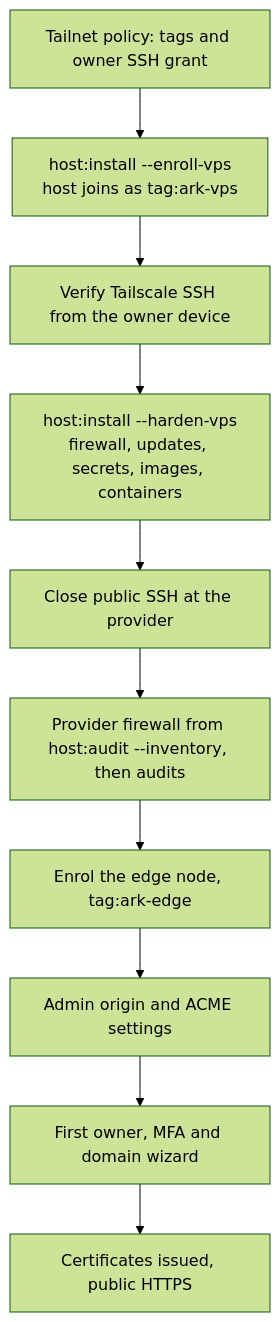
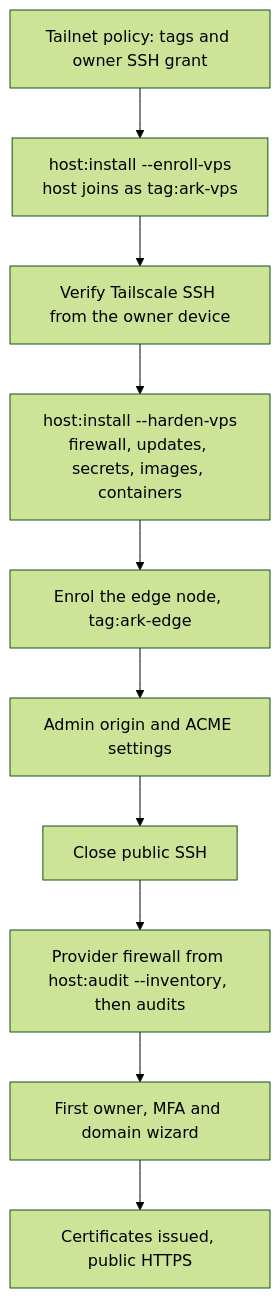
Before and after one commit to arkaydeus/ark-stack: the diagram in docs/getting-started/production-install.md, drawn with Mermaid (forest theme). The commit also changed other lines of this file and 30 other files, not shown here.

````diff
--- a/docs/getting-started/production-install.md
+++ b/docs/getting-started/production-install.md
@@ -22,12 +88,12 @@
 ```mermaid
 flowchart TD
   A[Tailnet policy: tags and owner SSH grant] --> B[host:install --enroll-vps<br/>host joins as tag:ark-vps]
   B --> C[Verify Tailscale SSH from the owner device]
   C --> D[host:install --harden-vps<br/>firewall, updates, secrets, images, containers]
-  D --> E[Close public SSH at the provider]
+  D --> G[Enrol the edge node, tag:ark-edge]
+  G --> H[Admin origin and ACME settings]
+  H --> E[Close public SSH]
   E --> F[Provider firewall from host:audit --inventory, then audits]
-  F --> G[Enrol the edge node, tag:ark-edge]
-  G --> H[Admin origin and ACME settings]
-  H --> I[First owner, MFA and domain wizard]
+  F --> I[First owner, MFA and domain wizard]
   I --> J[Certificates issued, public HTTPS]
 ```
````
